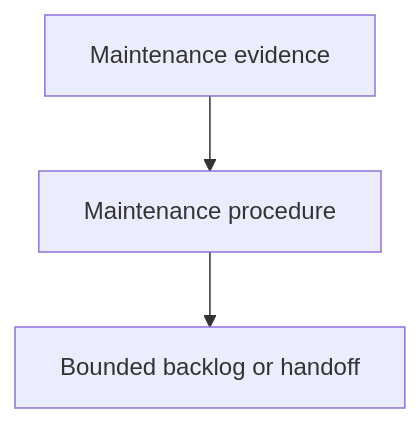
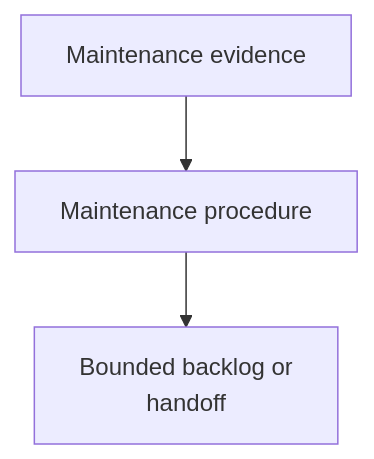
The diagram in skills/maintaining-components/as-is.md (abstract-business-systems/as-is), drawn with Mermaid before and after one commit. The commit also changed 47 other files, not shown here.

Commit message:
docs(diagrams): improve Mermaid readability validation

````diff
--- a/skills/maintaining-components/as-is.md
+++ b/skills/maintaining-components/as-is.md
@@ -20,5 +20,5 @@
 ```mermaid
 flowchart TD
     A["Maintenance evidence"] --> B["Maintenance procedure"]
-    B --> C["Bounded backlog or handoff"]
+    B --> C["Bounded backlog or<br/>handoff"]
 ```
````
